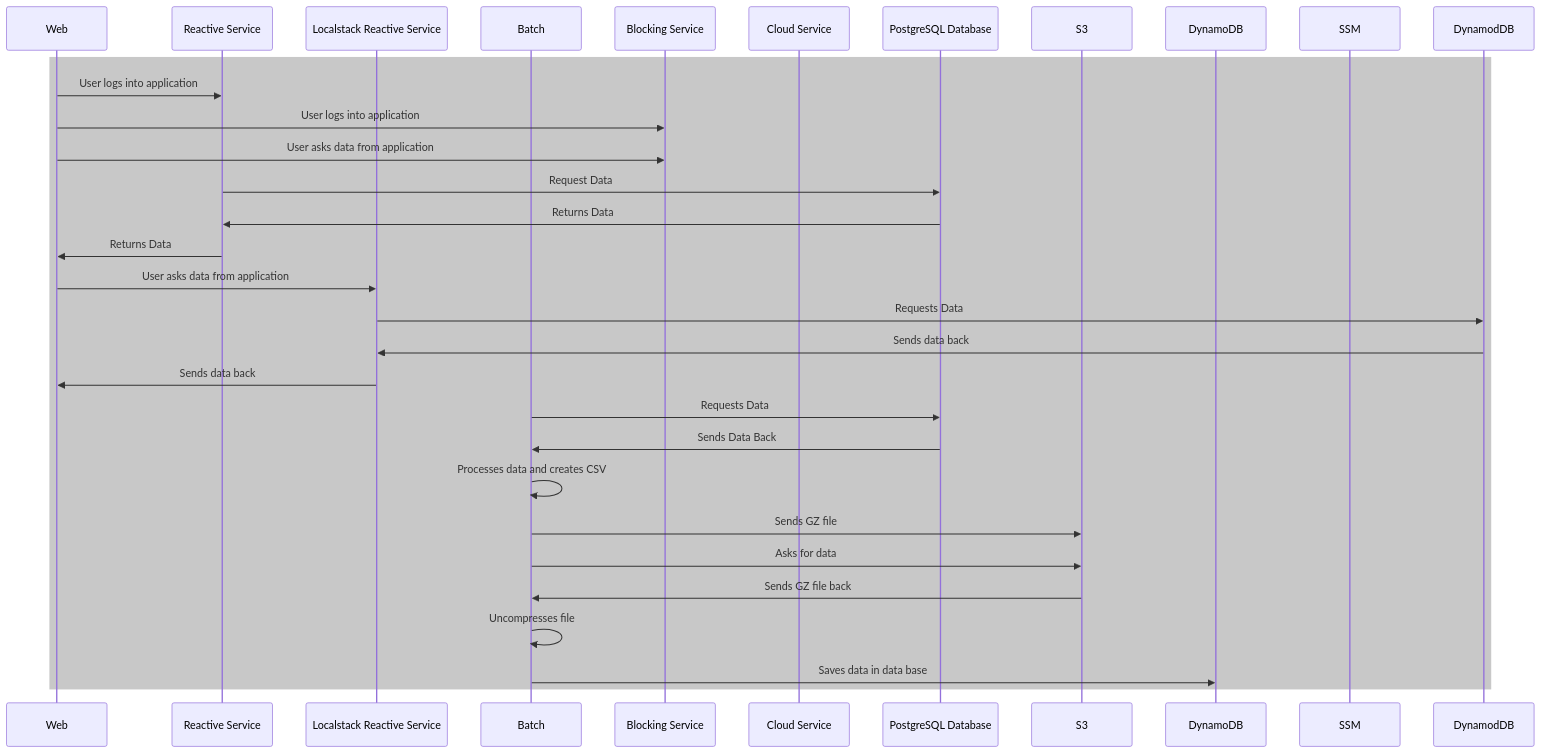
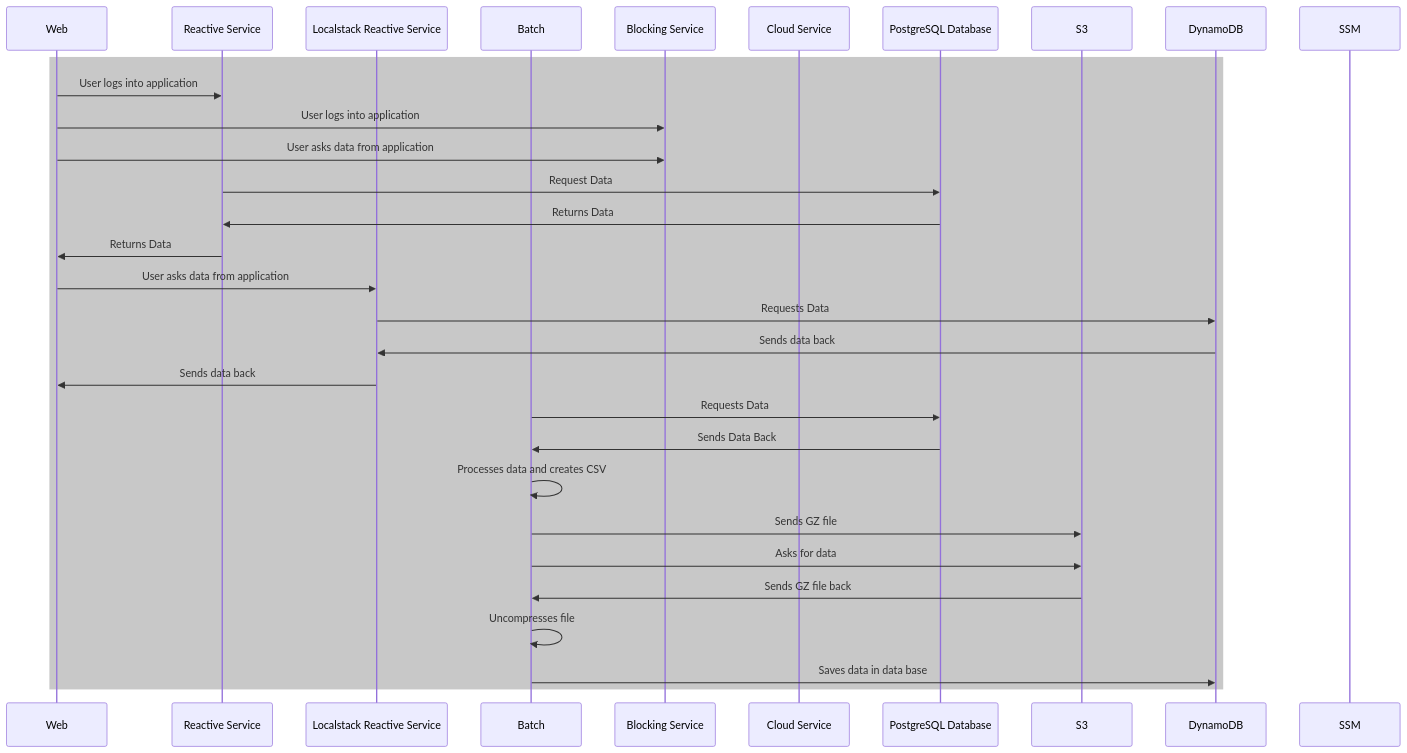
One commit to jesperancinha/staco-app changed the second of 2 diagrams in README.md. Above: the diagram before and after it, drawn with Mermaid.

Commit message:
🌿 Document update

````diff
--- a/README.md
+++ b/README.md
@@ -122,37 +122,37 @@
 ```mermaid
 
 sequenceDiagram
     participant Web
     participant Reactive Service
     participant Localstack Reactive Service
     participant Batch
     participant Blocking Service
     participant Cloud Service
     participant PostgreSQL Database
     participant S3
     participant DynamoDB
     participant SSM
     
     rect rgb(200,200,200)
     
     Web->>Reactive Service: User logs into application
     Web->>Blocking Service: User logs into application
     Web->>Blocking Service: User asks data from application
     Reactive Service->>PostgreSQL Database: Request Data
     PostgreSQL Database->>Reactive Service: Returns Data
     Reactive Service->>Web: Returns Data
     Web->>Localstack Reactive Service: User asks data from application
-    Localstack Reactive Service->>DynamodDB: Requests Data
-    DynamodDB->>Localstack Reactive Service: Sends data back
+    Localstack Reactive Service->>DynamoDB: Requests Data
+    DynamoDB->>Localstack Reactive Service: Sends data back
     Localstack Reactive Service->>Web: Sends data back
     Batch->>PostgreSQL Database: Requests Data
     PostgreSQL Database->>Batch: Sends Data Back
     Batch->>Batch: Processes data and creates CSV
     Batch->>S3: Sends GZ file
     Batch->>S3: Asks for data
     S3->>Batch: Sends GZ file back
     Batch->>Batch: Uncompresses file
     Batch->>DynamoDB: Saves data in data base
     
     end
 ```
````
